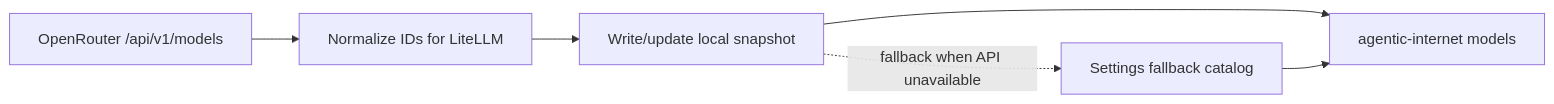
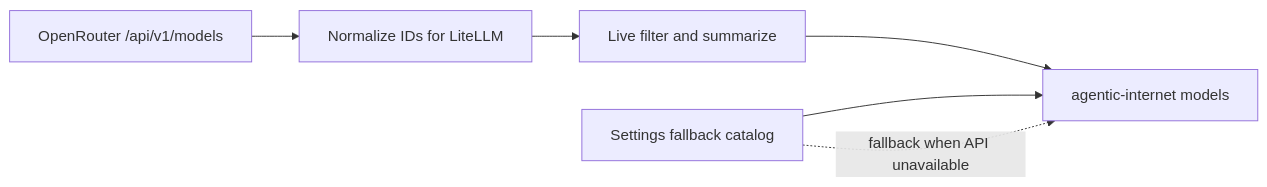
One commit to AgenticInternet/agentic-internet changed the diagram in docs/references/openrouter-models-2026-05-31.md. Above: the diagram before and after it, drawn with Mermaid. The commit also changed other lines of this file and 19 other files, not shown here.

````diff
--- a/docs/references/openrouter-models-2026-05-31.md
+++ b/docs/references/openrouter-models-2026-05-31.md
@@ -48,14 +54,14 @@
 ```mermaid
 flowchart LR
     API["OpenRouter /api/v1/models"]
     Normalize["Normalize IDs for LiteLLM"]
-    Cache["Write/update local snapshot"]
+    Live["Live filter and summarize"]
     Settings["Settings fallback catalog"]
     CLI["agentic-internet models"]
 
     API --> Normalize
-    Normalize --> Cache
-    Cache --> CLI
+    Normalize --> Live
+    Live --> CLI
     Settings --> CLI
-    Cache -. "fallback when API unavailable" .-> Settings
+    Settings -. "fallback when API unavailable" .-> CLI
 ```
````
